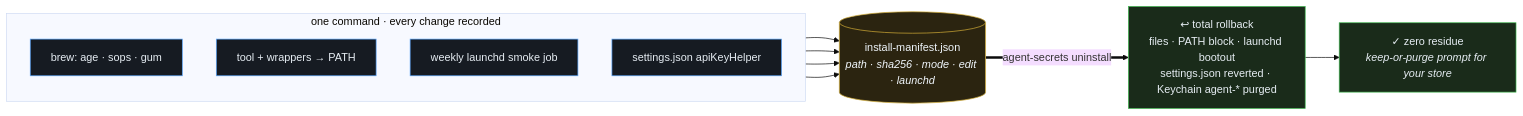
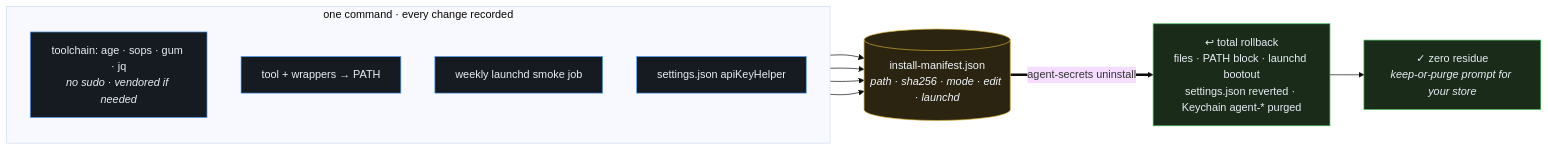
Before and after one commit to renchris/agent-secrets: the third of 3 diagrams in README.md, drawn with Mermaid (base theme). The commit also changed other lines of this file and 6 other files, not shown here.

````diff
--- a/README.md
+++ b/README.md
@@ -215,24 +228,24 @@
 ```mermaid
 flowchart LR
     subgraph install["one command · every change recorded"]
         direction TB
-        I1["brew: age · sops · gum"]
+        I1["toolchain: age · sops · gum · jq<br/><i>no sudo · vendored if needed</i>"]
         I2["tool + wrappers → PATH"]
         I3["weekly launchd smoke job"]
         I4["settings.json apiKeyHelper"]
     end
     M[("install-manifest.json<br/><i>path · sha256 · mode · edit · launchd</i>")]
     I1 --> M
     I2 --> M
     I3 --> M
     I4 --> M
     M ==>|"agent-secrets uninstall"| U["↩ total rollback<br/>files · PATH block · launchd bootout<br/>settings.json reverted · Keychain agent-* purged"]
     U --> Z["✓ zero residue<br/><i>keep-or-purge prompt for your store</i>"]
 
     classDef step fill:#161b22,stroke:#58a6ff,color:#e6edf3
     classDef man fill:#2b2410,stroke:#d4af37,color:#f0f6fc
     classDef undo fill:#1a2b1a,stroke:#3fb950,color:#e6edf3
     class I1,I2,I3,I4 step
     class M man
     class U,Z undo
 ```
````
